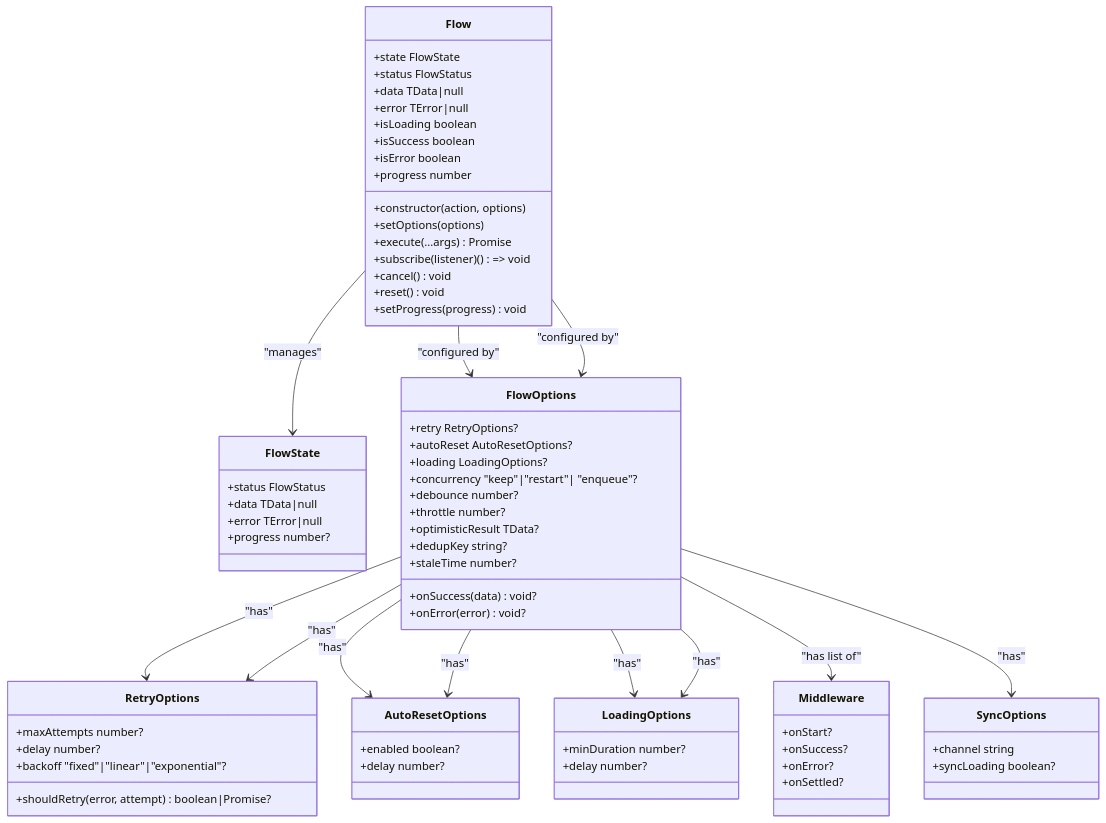
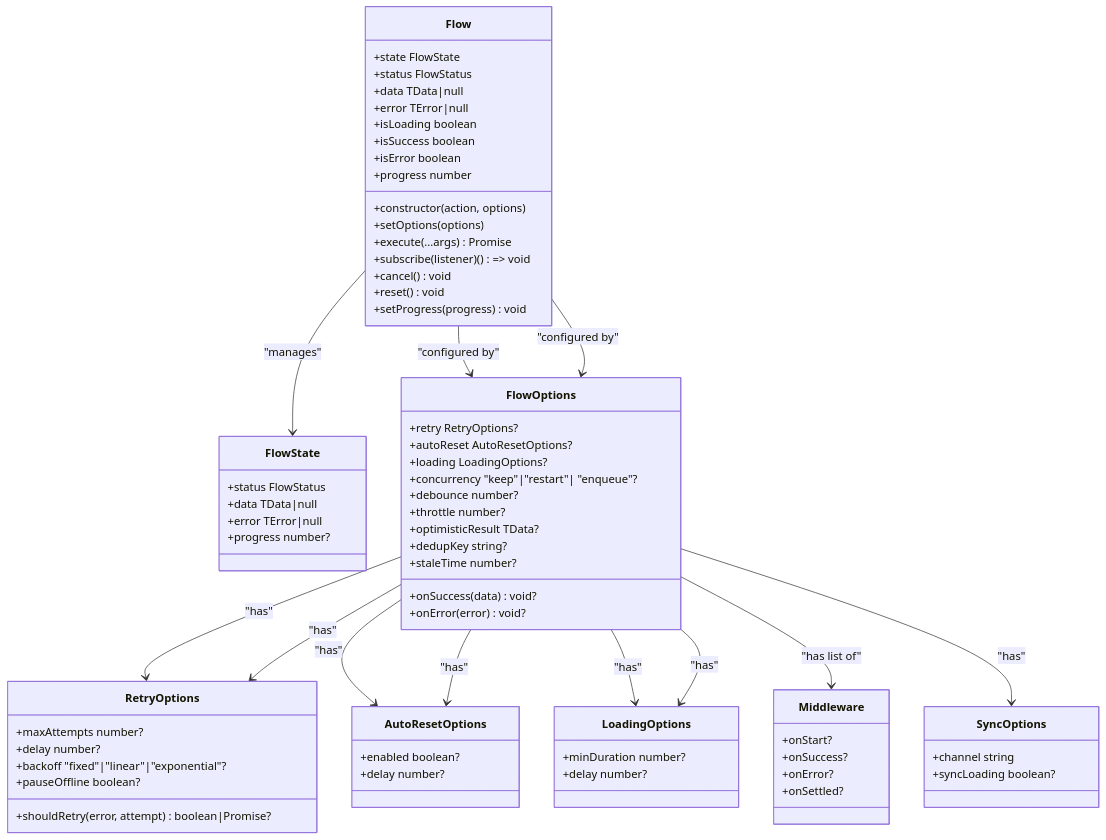
Before and after one commit to devhimanshuu/asyncflowstate: the second of 3 diagrams in documentation/content/Core Engine/Flow Class API.md, drawn with Mermaid. The commit also changed 9 other files, not shown here.

Commit message:
feat: Introduce core Flow class for async state management with React hooks, optimistic updates, retries, and concurrency control.

````diff
--- a/documentation/content/Core Engine/Flow Class API.md
+++ b/documentation/content/Core Engine/Flow Class API.md
@@ -105,74 +105,75 @@
 ```mermaid
 classDiagram
 class Flow {
 +constructor(action, options)
 +setOptions(options)
 +execute(...args) Promise<TData|undefined>
 +subscribe(listener) () => void
 +cancel() void
 +reset() void
 +setProgress(progress) void
 +state FlowState
 +status FlowStatus
 +data TData|null
 +error TError|null
 +isLoading boolean
 +isSuccess boolean
 +isError boolean
 +progress number
 }
 class FlowState {
 +status FlowStatus
 +data TData|null
 +error TError|null
 +progress number?
 }
 class FlowOptions {
 +onSuccess(data) void?
 +onError(error) void?
 +retry RetryOptions?
 +autoReset AutoResetOptions?
 +loading LoadingOptions?
 +concurrency "keep"|"restart"| "enqueue"?
 +debounce number?
 +throttle number?
 +optimisticResult TData?
 +dedupKey string?
 +staleTime number?
 }
 class RetryOptions {
 +maxAttempts number?
 +delay number?
 +backoff "fixed"|"linear"|"exponential"?
 +shouldRetry(error, attempt) boolean|Promise<boolean>?
++pauseOffline boolean?
 }
 class AutoResetOptions {
 +enabled boolean?
 +delay number?
 }
 class LoadingOptions {
 +minDuration number?
 +delay number?
 }
 class Middleware {
 +onStart?
 +onSuccess?
 +onError?
 +onSettled?
 }
 class SyncOptions {
 +channel string
 +syncLoading boolean?
 }
 Flow --> FlowState : "manages"
 Flow --> FlowOptions : "configured by"
 FlowOptions --> RetryOptions : "has"
 FlowOptions --> AutoResetOptions : "has"
 FlowOptions --> LoadingOptions : "has"
 FlowOptions --> Middleware : "has list of"
 FlowOptions --> SyncOptions : "has"
 Flow --> FlowOptions : "configured by"
 FlowOptions --> RetryOptions : "has"
 FlowOptions --> AutoResetOptions : "has"
 FlowOptions --> LoadingOptions : "has"
 ```
````
